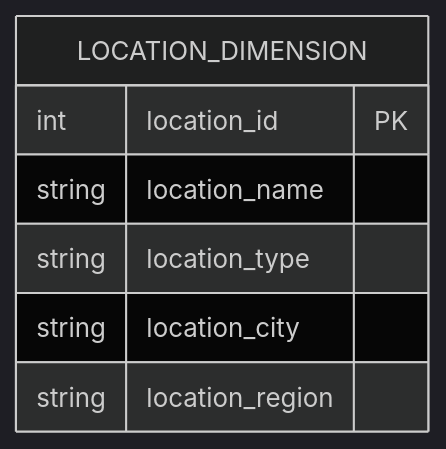
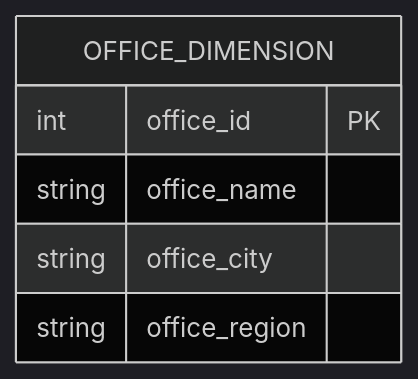
One commit to LONG-TERM-EFFECTS-OF-SUFFERING/Rapidos_y_Furiosos_data_warehouse changed the third of 9 diagrams in dimensions_and_data_marts.md. Above: the diagram before and after it, drawn with Mermaid (dark theme). The commit also changed other lines of this file and 6 other files, not shown here.

Commit message:
edit time dimension and rename location to office

````diff
--- a/dimensions_and_data_marts.md
+++ b/dimensions_and_data_marts.md
@@ -27,10 +27,9 @@
 ```MERMAID
 erDiagram
-    LOCATION_DIMENSION {
-        int location_id PK
-        string location_name
-        string location_type
-        string location_city
-        string location_region
+    OFFICE_DIMENSION {
+        int office_id PK
+        string office_name
+        string office_city
+        string office_region
     }
 ```
````
